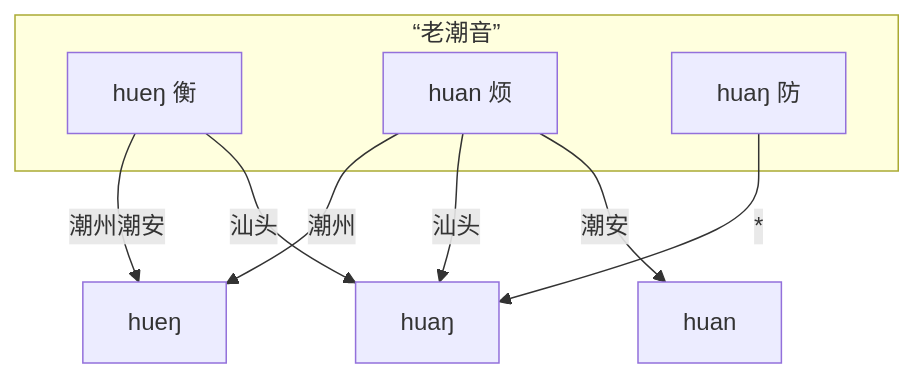
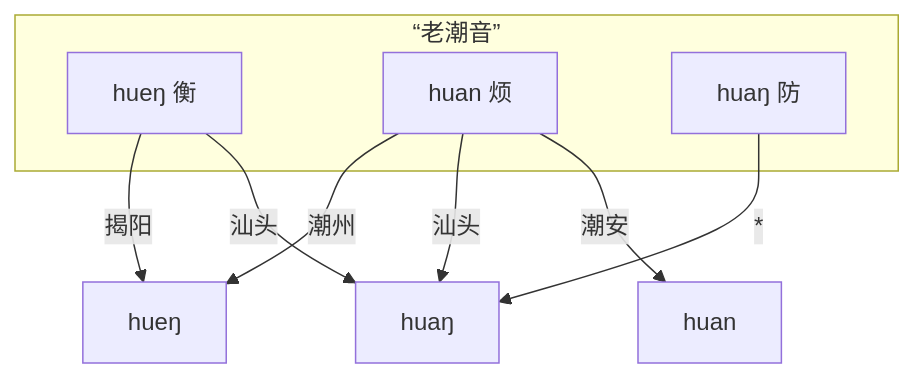
The first of 2 diagrams in src/doc/puj.md (pujdict/pujdict), drawn with Mermaid before and after one commit. The commit also changed other lines of this file, not shown here.

Commit message:
音系文档小修。
ueng 在潮州不一定读 ueng，有个人差，改为揭阳。

````diff
--- a/src/doc/puj.md
+++ b/src/doc/puj.md
@@ -39,15 +40,15 @@
 ```mermaid
 flowchart
     subgraph "“老潮音”"
         hueng0["hueŋ 衡"];
         huan0["huan 烦"];
         huang0["huaŋ 防"];
     end
     huang1[huaŋ]
     huan1[huan]
     hueng1[hueŋ]
     huan0 -->|潮安| huan1;
-    hueng0 -->|汕头| huang1; hueng0 -->|潮州潮安| hueng1;
+    hueng0 -->|汕头| huang1; hueng0 -->|揭阳| hueng1;
     huan0 -->|汕头| huang1; huan0 -->|潮州| hueng1;
     huang0 -->|*| huang1;
 ```
````
